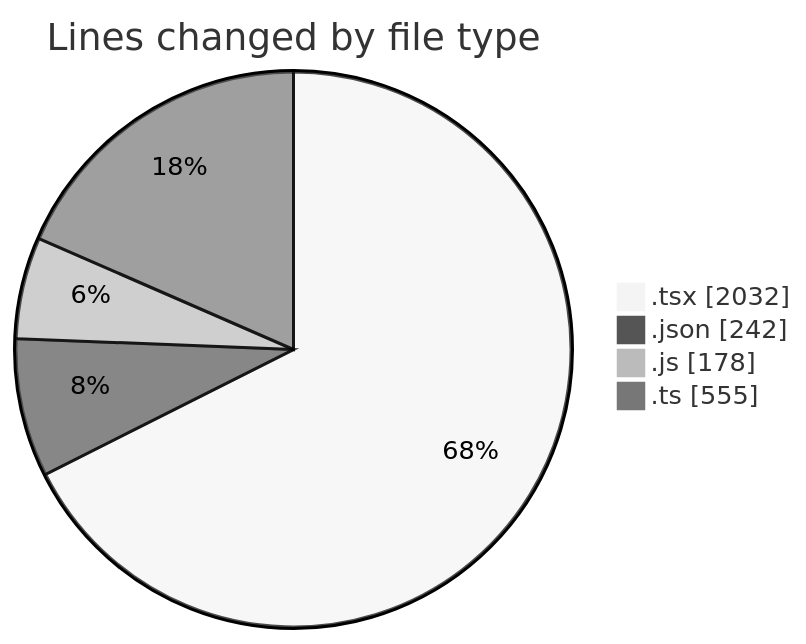
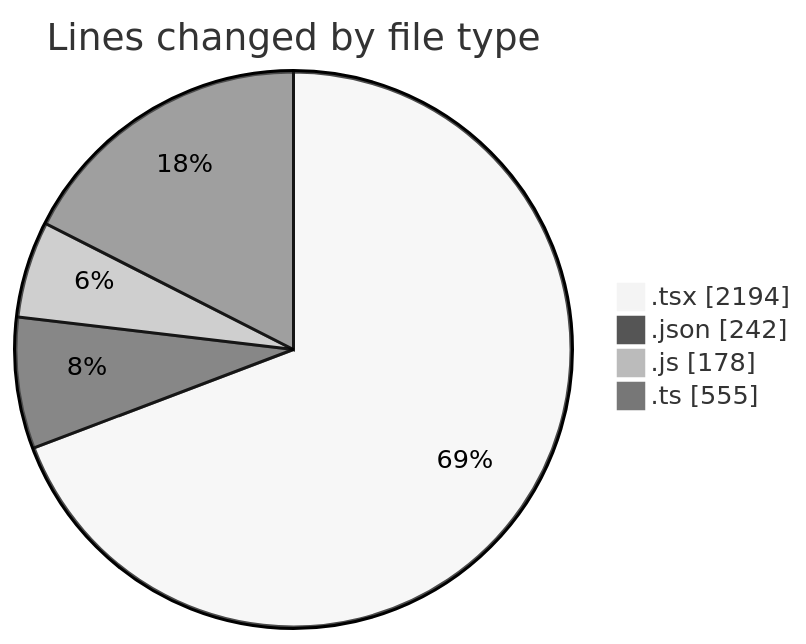
One commit to momahboobian/code-tracking changed the first of 2 diagrams in 2026-08-07/cda/README.md. Above: the diagram before and after it, drawn with Mermaid (neutral theme). The commit also changed other lines of this file and 1 other file, not shown here.

````diff
--- a/2026-08-07/cda/README.md
+++ b/2026-08-07/cda/README.md
@@ -31,8 +31,8 @@
 ```mermaid
 pie showData
 title Lines changed by file type
-".tsx" : 2032
+".tsx" : 2194
 ".json" : 242
 ".js" : 178
 ".ts" : 555
 ```
````
